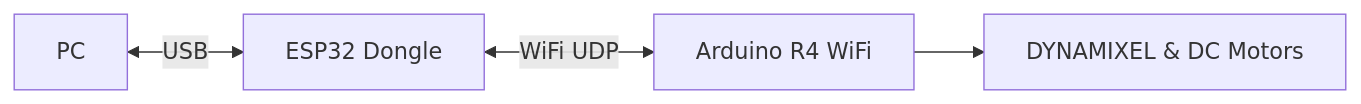
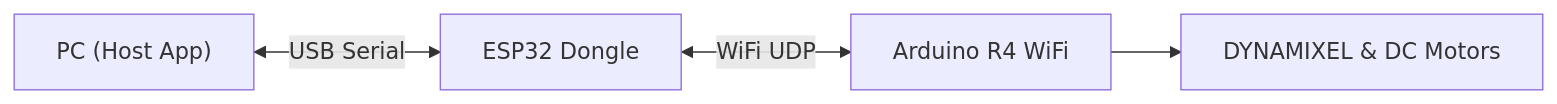
One commit to Armlatable/Armlatable changed the diagram in README.md. Above: the diagram before and after it, drawn with Mermaid. The commit also changed other lines of this file and 45 other files, not shown here.

````diff
--- a/README.md
+++ b/README.md
@@ -26,6 +27,6 @@
 ```mermaid
 graph LR
-    PC["PC"] <-->|USB| Dongle["ESP32 Dongle"]
+    PC["PC (Host App)"] <-->|USB Serial| Dongle["ESP32 Dongle"]
     Dongle <-->|WiFi UDP| R4["Arduino R4 WiFi"]
     R4 --> Motors["DYNAMIXEL & DC Motors"]
 ```
````
